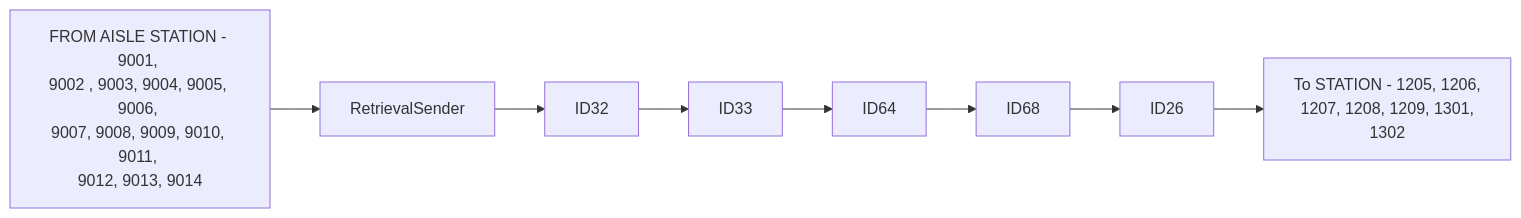
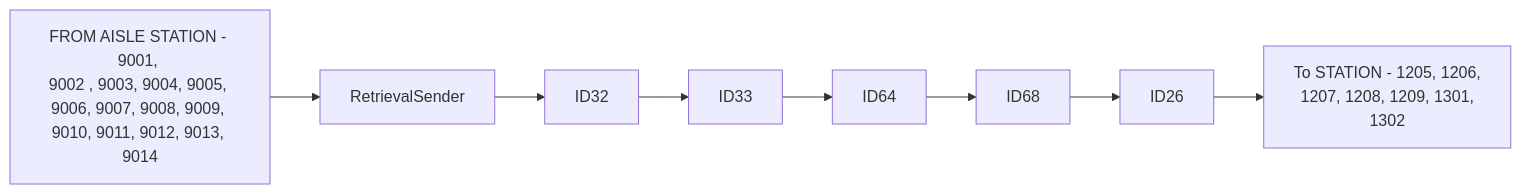
Before and after one commit to luthfiadityaa/SimeDarby-Wiki: the first of 9 diagrams in Basic-Design/DFD-WMS/Retrieval/Unplanned-Retrieval-to-HP-Area.md, drawn with Mermaid.

Commit message:
Updated Unplanned Retrieval to HP Area

```diff
--- a/Basic-Design/DFD-WMS/Retrieval/Unplanned-Retrieval-to-HP-Area.md
+++ b/Basic-Design/DFD-WMS/Retrieval/Unplanned-Retrieval-to-HP-Area.md
@@ -8,10 +8,11 @@
 ::: mermaid
 flowchart LR
   
 P1[FROM AISLE STATION - 9001, 
-9002 , 9003, 9004, 9005, 9006, 
-9007, 9008, 9009, 9010, 9011, 
-9012, 9013, 9014]-->P2[RetrievalSender]-->P3[ID32]-->P4[ID33]-->P5[ID64]-->P6[ID68]-->P7[ID26]-->P8[To STATION - 1205, 1206, 
+9002 , 9003, 9004, 9005, 
+9006, 9007, 9008, 9009, 
+9010, 9011, 9012, 9013, 
+9014]-->P2[RetrievalSender]-->P3[ID32]-->P4[ID33]-->P5[ID64]-->P6[ID68]-->P7[ID26]-->P8[To STATION - 1205, 1206, 
 1207, 1208, 1209, 1301, 
 1302] 
 :::
```
